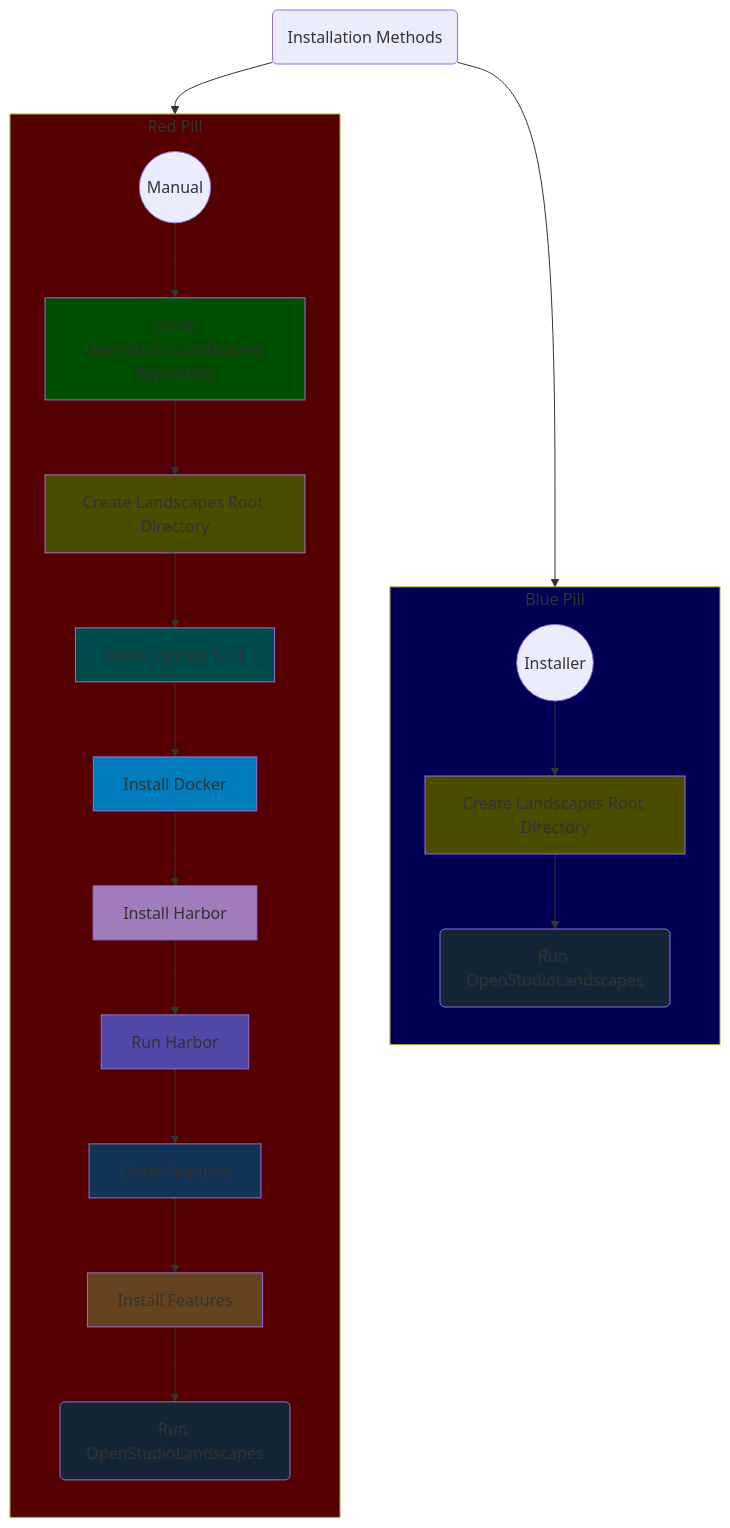
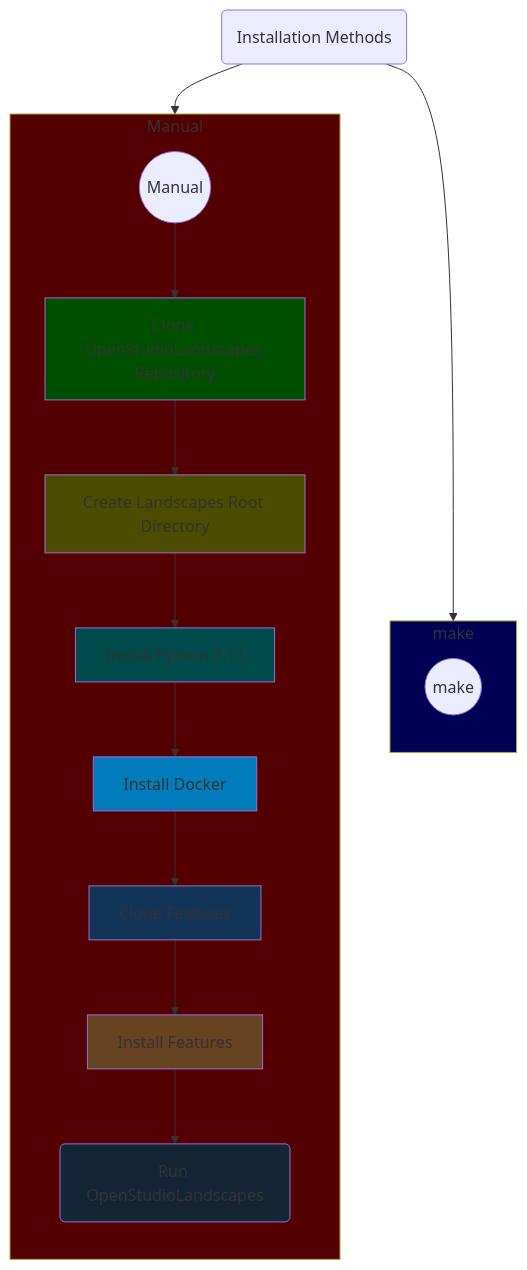
The first of 3 diagrams in wiki/README.md (michimussato/OpenStudioLandscapes), drawn with Mermaid before and after one commit. The commit also changed other lines of this file and 15 other files, not shown here.

````diff
--- a/wiki/README.md
+++ b/wiki/README.md
@@ -59,93 +59,58 @@
     %% https://github.com/orgs/community/discussions/106690#discussioncomment-14330873
     installation_methods(Installation Methods)
     manual((Manual))
-    click manual href "https://github.com/michimussato/OpenStudioLandscapes/blob/v1.8.0/wiki/installation/basic_installation.md#basic-installation"
-    %% docker((Docker))
-    %% click docker href "https://github.com/michimussato/OpenStudioLandscapes/blob/v1.8.0/wiki/installation/basic_installation.md#install-docker"
-    script((Installer))
-    click script href "https://github.com/michimussato/OpenStudioLandscapes/blob/v1.8.0/wiki/installation/basic_installation_from_script.md"
+    click manual href "https://github.com/michimussato/OpenStudioLandscapes/blob/v1.9.0-rc1/wiki/installation/basic_installation.md#basic-installation"
+    make((make))
+    %% click manual href "https://github.com/michimussato/OpenStudioLandscapes/blob/v1.9.0-rc1/wiki/installation/basic_installation.md#basic-installation"
 
     classDef clone_repo fill:#004f00;
     clone_repo_manual[Clone OpenStudioLandscapes Repository]
-    click clone_repo_manual href "https://github.com/michimussato/OpenStudioLandscapes/blob/v1.8.0/wiki/installation/basic_installation.md#clone-repository"
-    %% clone_repo_docker[Clone OpenStudioLandscapes Repository]
-    %% click clone_repo_docker href "https://github.com/michimussato/OpenStudioLandscapes/blob/v1.8.0/wiki/installation/basic_installation.md#clone-repository"
+    click clone_repo_manual href "https://github.com/michimussato/OpenStudioLandscapes/blob/v1.9.0-rc1/wiki/installation/basic_installation.md#clone-repository"
     class clone_repo_manual,clone_repo_docker clone_repo;
 
     classDef landscapes_root fill:#4c4c00;
     landscapes_root_manual[Create Landscapes Root Directory]
-    click landscapes_root_manual href "https://github.com/michimussato/OpenStudioLandscapes/blob/v1.8.0/wiki/installation/basic_installation.md#create-landscapes-root-directory"
-    %% landscapes_root_docker[Create Landscapes Root Directory]
-    %% click landscapes_root_docker href "https://github.com/michimussato/OpenStudioLandscapes/blob/v1.8.0/wiki/installation/basic_installation.md#create-landscapes-root-directory"
-    landscapes_root_script[Create Landscapes Root Directory]
-    click landscapes_root_script href "https://github.com/michimussato/OpenStudioLandscapes/blob/v1.8.0/wiki/installation/basic_installation.md#create-landscapes-root-directory"
-    class landscapes_root_manual,landscapes_root_docker,landscapes_root_script landscapes_root
+    click landscapes_root_manual href "https://github.com/michimussato/OpenStudioLandscapes/blob/v1.9.0-rc1/wiki/installation/basic_installation.md#create-landscapes-root-directory"
+    click landscapes_root_script href "https://github.com/michimussato/OpenStudioLandscapes/blob/v1.9.0-rc1/wiki/installation/basic_installation.md#create-landscapes-root-directory"
+    class landscapes_root_manual,landscapes_root_docker landscapes_root
 
     classDef install_python fill:#004c4c;
     install_python_manual[Install Python 3.11]
-    click install_python_manual href "https://github.com/michimussato/OpenStudioLandscapes/blob/v1.8.0/wiki/installation/basic_installation.md#install-python311"
-    %% install_python_docker[Install Python 3.11]
-    %% click install_python_docker href "https://github.com/michimussato/OpenStudioLandscapes/blob/v1.8.0/wiki/installation/basic_installation.md#install-python311"
+    click install_python_manual href "https://github.com/michimussato/OpenStudioLandscapes/blob/v1.9.0-rc1/wiki/installation/basic_installation.md#install-python311"
     class install_python_manual,install_python_docker install_python
 
     classDef install_docker fill:#007cbc;
     install_docker_manual[Install Docker]
-    click install_docker_manual href "https://github.com/michimussato/OpenStudioLandscapes/blob/v1.8.0/wiki/installation/basic_installation.md#install-docker"
-    %% install_docker_docker[Install Docker]
-    %% click install_docker_docker href "https://github.com/michimussato/OpenStudioLandscapes/blob/v1.8.0/wiki/installation/basic_installation.md#install-docker"
+    click install_docker_manual href "https://github.com/michimussato/OpenStudioLandscapes/blob/v1.9.0-rc1/wiki/installation/basic_installation.md#install-docker"
     class install_docker_manual,install_docker_docker install_docker
-
-    classDef install_harbor fill:#a07cbc;
-    install_harbor_manual[Install Harbor]
-    click install_harbor_manual href "https://github.com/michimussato/OpenStudioLandscapes/blob/v1.8.0/wiki/installation/basic_installation.md#harbor"
-    %% install_harbor_docker[Install Harbor]
-    %% click install_harbor_docker href "https://github.com/michimussato/OpenStudioLandscapes/blob/v1.8.0/wiki/installation/basic_installation.md#harbor"
-    class install_harbor_manual,install_harbor_docker install_harbor
-
-    classDef run_harbor fill:#5049a7;
-    run_harbor_manual[Run Harbor]
-    click run_harbor_manual href "https://github.com/michimussato/OpenStudioLandscapes/blob/v1.8.0/wiki/run/run_harbor.md#up"
-    %% run_harbor_docker[Run Harbor]
-    %% click run_harbor_docker href "https://github.com/michimussato/OpenStudioLandscapes/blob/v1.8.0/wiki/run/run_harbor.md#up"
-    class run_harbor_manual,run_harbor_docker run_harbor
 
     classDef clone_features fill:#123456;
     clone_features_manual[Clone Features]
-    click clone_features_manual href "https://github.com/michimussato/OpenStudioLandscapes/blob/v1.8.0/wiki/installation/install_features.md#clone-features"
+    click clone_features_manual href "https://github.com/michimussato/OpenStudioLandscapes/blob/v1.9.0-rc1/wiki/installation/install_features.md#clone-features"
     class clone_features_manual clone_features
 
     classDef install_features fill:#654321;
     install_features_manual[Install Features]
-    click install_features_manual href "https://github.com/michimussato/OpenStudioLandscapes/blob/v1.8.0/wiki/installation/install_features.md#install-features-1"
+    click install_features_manual href "https://github.com/michimussato/OpenStudioLandscapes/blob/v1.9.0-rc1/wiki/installation/install_features.md#install-features-1"
     class install_features_manual install_features
 
     classDef run fill:#142536;
     run_manual(Run OpenStudioLandscapes)
-    click run_manual href "https://github.com/michimussato/OpenStudioLandscapes/blob/v1.8.0/wiki/run_openstudiolandscapes/from_manual.md#up"
-    %% run_docker(Run OpenStudioLandscapes)
-    %% click run_docker href "https://github.com/michimussato/OpenStudioLandscapes/blob/v1.8.0/wiki/run_openstudiolandscapes/from_docker_image.md"
-    run_script(Run OpenStudioLandscapes)
-    click run_script href "https://github.com/michimussato/OpenStudioLandscapes/blob/v1.8.0/wiki/run_openstudiolandscapes/from_script.md#up-and-down"
-    class run_manual,run_docker,run_script run
+    click run_manual href "https://github.com/michimussato/OpenStudioLandscapes/blob/v1.9.0-rc1/wiki/run_openstudiolandscapes/from_manual.md#up"
+    class run_manual,run_docker run
 
-    subgraph block_manual[Red Pill]
+    subgraph block_manual[Manual]
         direction TB
-        manual --> clone_repo_manual --> landscapes_root_manual --> install_python_manual --> install_docker_manual --> install_harbor_manual --> run_harbor_manual --> clone_features_manual --> install_features_manual --> run_manual
+        manual --> clone_repo_manual --> landscapes_root_manual --> install_python_manual --> install_docker_manual --> clone_features_manual --> install_features_manual --> run_manual
     end
     style block_manual fill:#550000
 
-    %% subgraph block_docker[Docker]
-    %%     direction TB
-    %%     docker --> clone_repo_docker --> landscapes_root_docker --> install_python_docker --> install_docker_docker --> install_harbor_docker --> run_harbor_docker --> run_docker
-    %% end
-
-    subgraph block_installer[Blue Pill]
+    subgraph block_make[make]
         direction TB
-        script --> landscapes_root_script --> run_script
+        make
     end
-    style block_installer fill:#000055
+    style block_make fill:#000055
 
     installation_methods --> block_manual
-    %% installation_methods --> block_docker
-    installation_methods --> block_installer
+    installation_methods --> block_make
 ```
````
